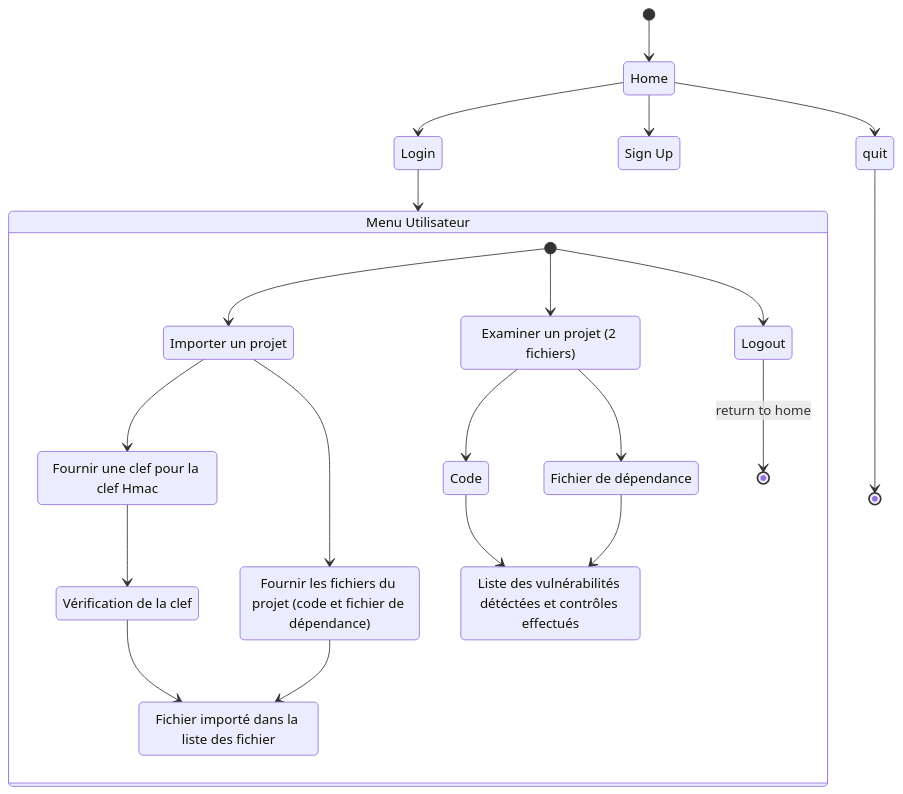
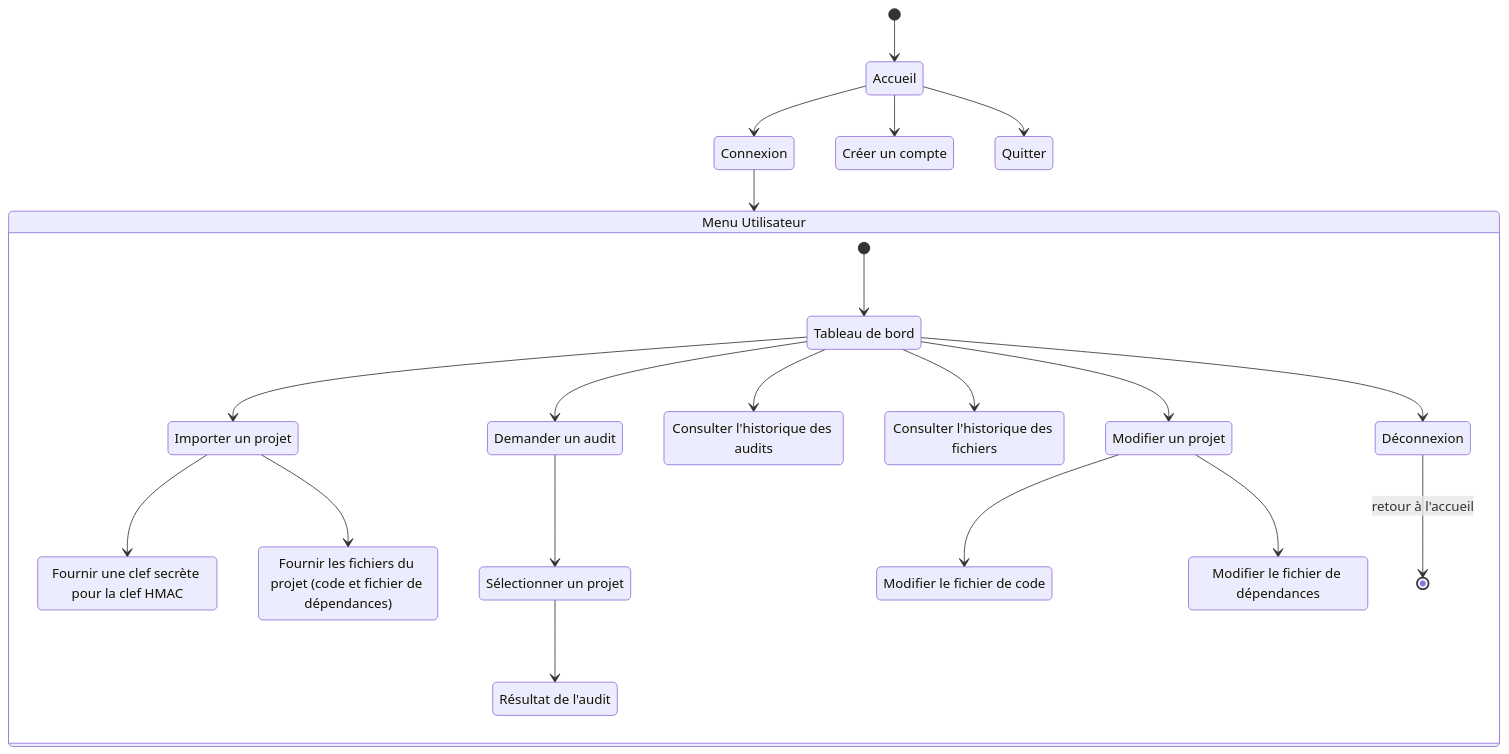
Before and after one commit to galahade-ncl/ensai-it-project-2a-team34: the diagram in doc/activity_diagram.md, drawn with Mermaid.

Commit message:
Mise à jour du diagramme d'activité

````diff
--- a/doc/activity_diagram.md
+++ b/doc/activity_diagram.md
@@ -19,42 +19,45 @@
 ```mermaid
 stateDiagram
-    login : Login
+    login : Connexion
     menu_player : Menu Utilisateur
-    signup : Sign Up
+    signup : Créer un compte
     ajout_projet : Importer un projet
-    fournir_clef : Fournir une clef pour la clef Hmac
-    check_clef : Vérification de la clef
-    fournir_fichiers : Fournir les fichiers du projet (code et fichier de dépendance)
-    liste_fichier : Fichier importé dans la liste des fichier
-    code_check : Examiner un projet (2 fichiers)
-    fichier_1 : Code
-    fichier_2 : Fichier de dépendance
-    vulnerability_list : Liste des vulnérabilités détéctées et contrôles effectués
-    logout : Logout
+    update_project : Modifier un projet
+    update_dependencies : Modifier le fichier de dépendances
+    update_code : Modifier le fichier de code
+    fournir_clef : Fournir une clef secrète pour la clef HMAC
+    fournir_fichiers : Fournir les fichiers du projet (code et fichier de dépendances)
+    select_project : Sélectionner un projet
+    code_check :  Demander un audit
+    audit_history : Consulter l'historique des audits
+    project_history : Consulter l'historique des fichiers
+    dashboard : Tableau de bord
+    audit_result : Résultat de l'audit
+    logout : Déconnexion
 
-    [*] --> Home
+    [*] --> Accueil
 
-    Home --> login
+    Accueil --> login
     login --> menu_player
 
-    Home --> signup
+    Accueil --> signup
 
-    Home --> quit
-    quit --> [*]
+    Accueil --> Quitter
 
     state menu_player {
-        [*] --> ajout_projet
+        [*] --> dashboard
+        dashboard --> ajout_projet
         ajout_projet --> fournir_clef
-        fournir_clef --> check_clef
-        check_clef --> liste_fichier
         ajout_projet --> fournir_fichiers
-        fournir_fichiers --> liste_fichier
-        [*] --> code_check
-        code_check --> fichier_1
-        fichier_1 --> vulnerability_list
-        code_check --> fichier_2
-        fichier_2 --> vulnerability_list
-        [*] --> logout
-        logout --> [*]: return to home
+        dashboard --> code_check
+        code_check --> select_project
+        select_project --> audit_result
+        dashboard --> audit_history
+        dashboard --> project_history
+        dashboard --> update_project
+        update_project --> update_code
+        update_project --> update_dependencies
+        dashboard --> logout
+        logout --> [*]:  retour à l'accueil
     }
 ```
````
